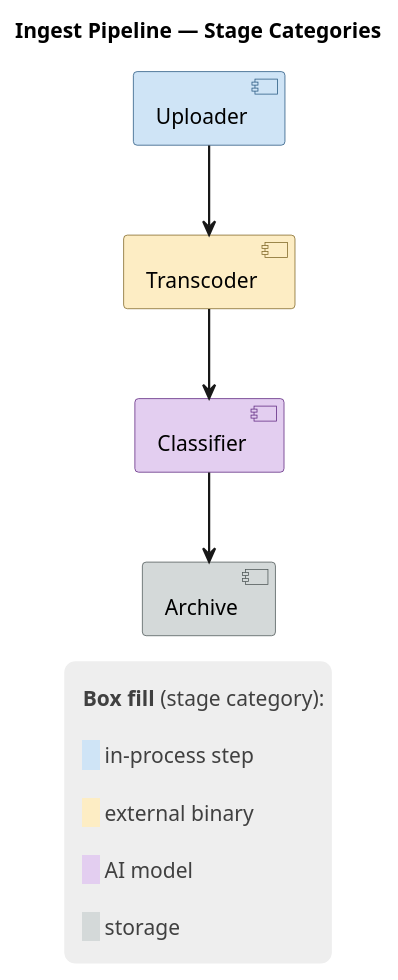
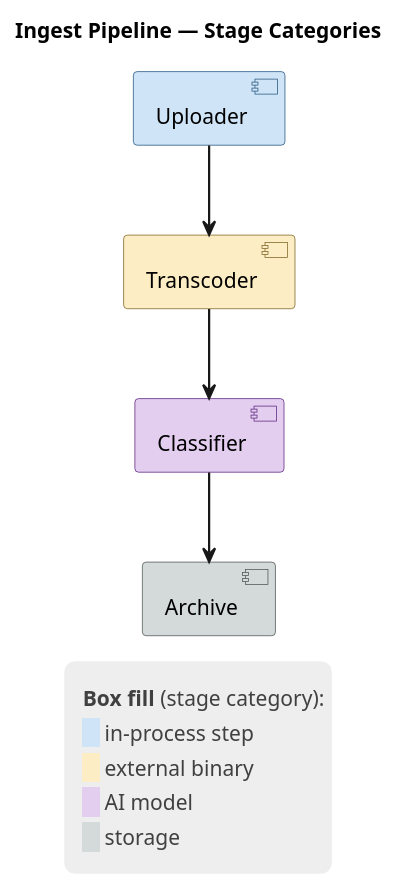
Before and after one commit to artem-from-ua/claude-plugins: the second of 2 diagrams in plugins/plantuml/skills/plantuml-diagram-guide/references/styling.md, drawn with PlantUML. The commit also changed other lines of this file and 3 other files, not shown here.

First line of the commit message:
fix(plantuml): use a gentler legend line gap than a full spacer line

````diff
--- a/plugins/plantuml/skills/plantuml-diagram-guide/references/styling.md
+++ b/plugins/plantuml/skills/plantuml-diagram-guide/references/styling.md
@@ -108,32 +119,28 @@
 ```plantuml
 @startuml
 title Ingest Pipeline — Stage Categories
 skinparam ArrowThickness 1.5
 skinparam legendBackgroundColor #EEEEEE
 skinparam legendBorderColor transparent
 skinparam LegendFontColor #404040
 
 [Uploader] as up #CFE4F6;line:25557E
 [Transcoder] as tr #FDEDC4;line:7E6525
 [Classifier] as cl #E3CEF0;line:5C257E
 [Archive] as ar #D4D9D9;line:4D5656
 
 up --> tr
 tr --> cl
 cl --> ar
 
 legend right
   <size:6> </size>
     **Box fill** (stage category):
-    <size:5> </size>
-    <back:#CFE4F6>   </back> in-process step
-    <size:5> </size>
-    <back:#FDEDC4>   </back> external binary
-    <size:5> </size>
-    <back:#E3CEF0>   </back> AI model
-    <size:5> </size>
-    <back:#D4D9D9>   </back> storage
+    <back:#CFE4F6>   </back> in-process step<size:17> </size>
+    <back:#FDEDC4>   </back> external binary<size:17> </size>
+    <back:#E3CEF0>   </back> AI model<size:17> </size>
+    <back:#D4D9D9>   </back> storage<size:17> </size>
   <size:6> </size>
 end legend
 @enduml
 ```
````
